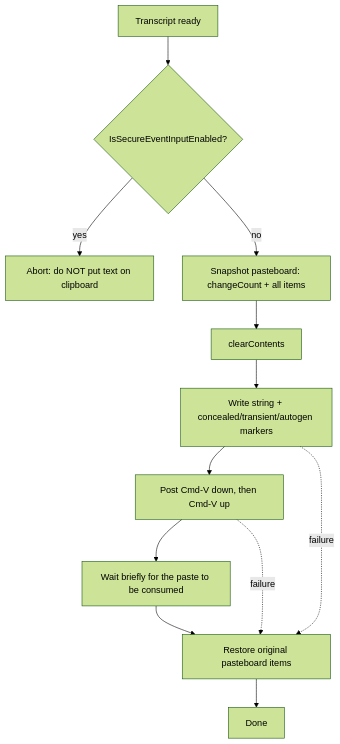
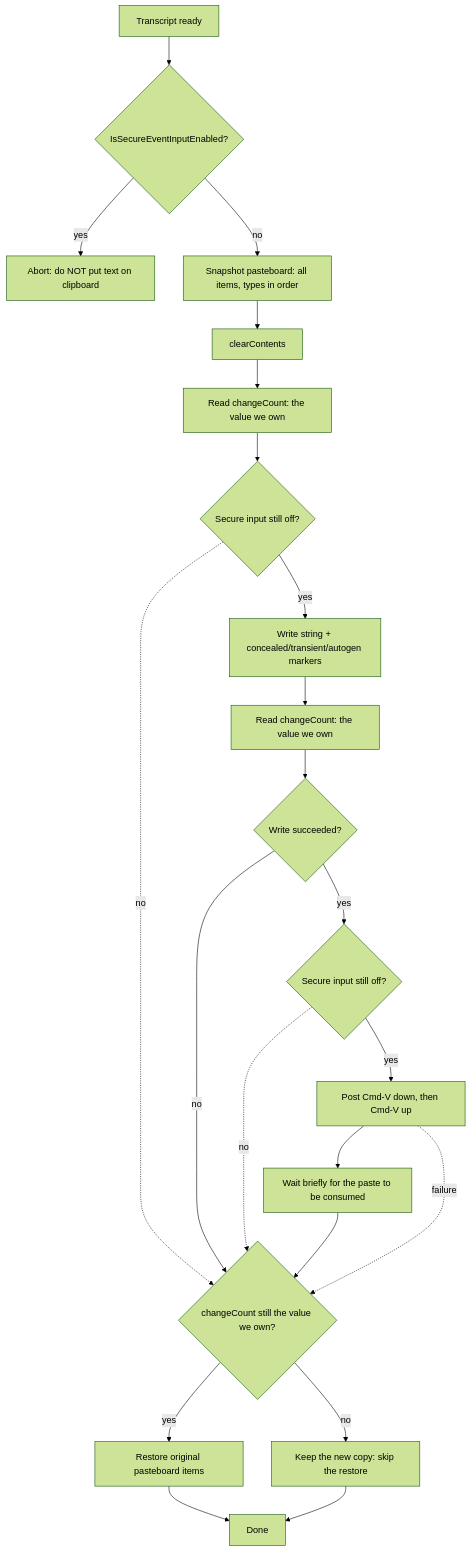
One commit to Akurganow/slovo changed the diagram in docs/references/text-injection.md. Above: the diagram before and after it, drawn with Mermaid (forest theme). The commit also changed other lines of this file and 8 other files, not shown here.

First line of the commit message:
fix: keep a clipboard copy made right after a dictation, and do not paste when the clipboard write fails (#214)

````diff
--- a/docs/references/text-injection.md
+++ b/docs/references/text-injection.md
@@ -35,14 +35,24 @@
 ```mermaid
 flowchart TD
     A[Transcript ready] --> B{IsSecureEventInputEnabled?}
     B -- yes --> X[Abort: do NOT put text on clipboard]
-    B -- no --> C[Snapshot pasteboard: changeCount + all items]
+    B -- no --> C[Snapshot pasteboard: all items, types in order]
     C --> D[clearContents]
-    D --> E[Write string + concealed/transient/autogen markers]
-    E --> F[Post Cmd-V down, then Cmd-V up]
+    D --> R0[Read changeCount: the value we own]
+    R0 --> S1{Secure input still off?}
+    S1 -. no .-> K
+    S1 -- yes --> E[Write string + concealed/transient/autogen markers]
+    E --> R[Read changeCount: the value we own]
+    R --> W{Write succeeded?}
+    W -- no --> K
+    W -- yes --> S2{Secure input still off?}
+    S2 -. no .-> K
+    S2 -- yes --> F[Post Cmd-V down, then Cmd-V up]
     F --> G[Wait briefly for the paste to be consumed]
-    G --> H[Restore original pasteboard items]
+    G --> K{changeCount still the value we own?}
+    K -- yes --> H[Restore original pasteboard items]
+    K -- no --> Y[Keep the new copy: skip the restore]
     H --> I[Done]
-    F -. failure .-> H
-    E -. failure .-> H
+    Y --> I
+    F -. failure .-> K
 ```
````
